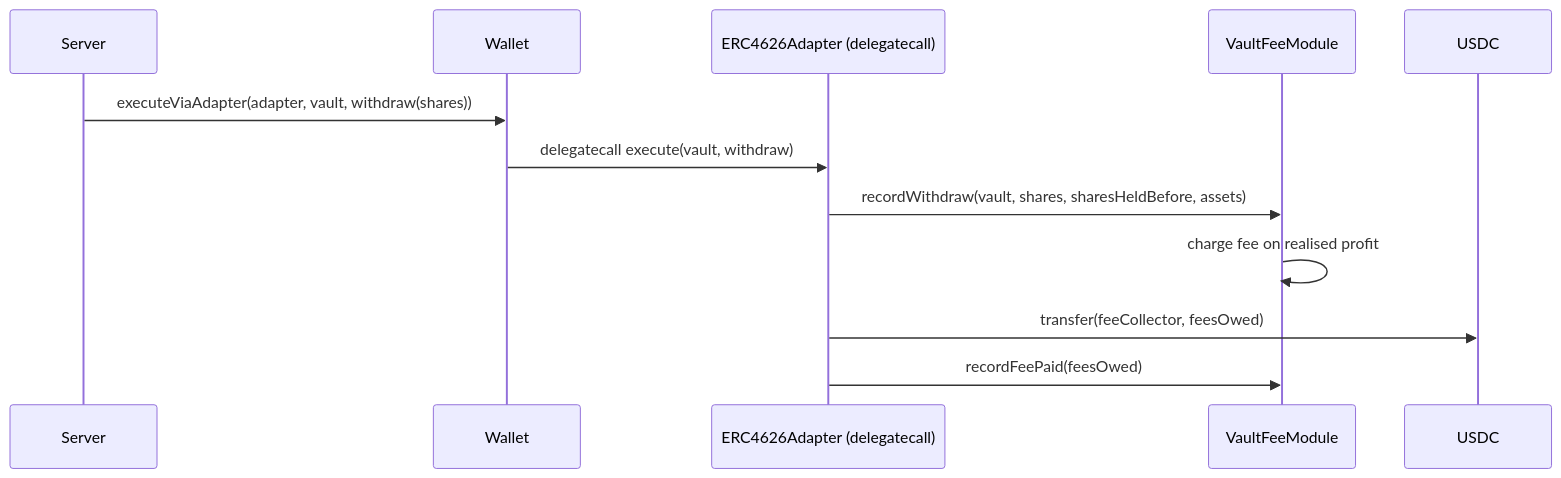
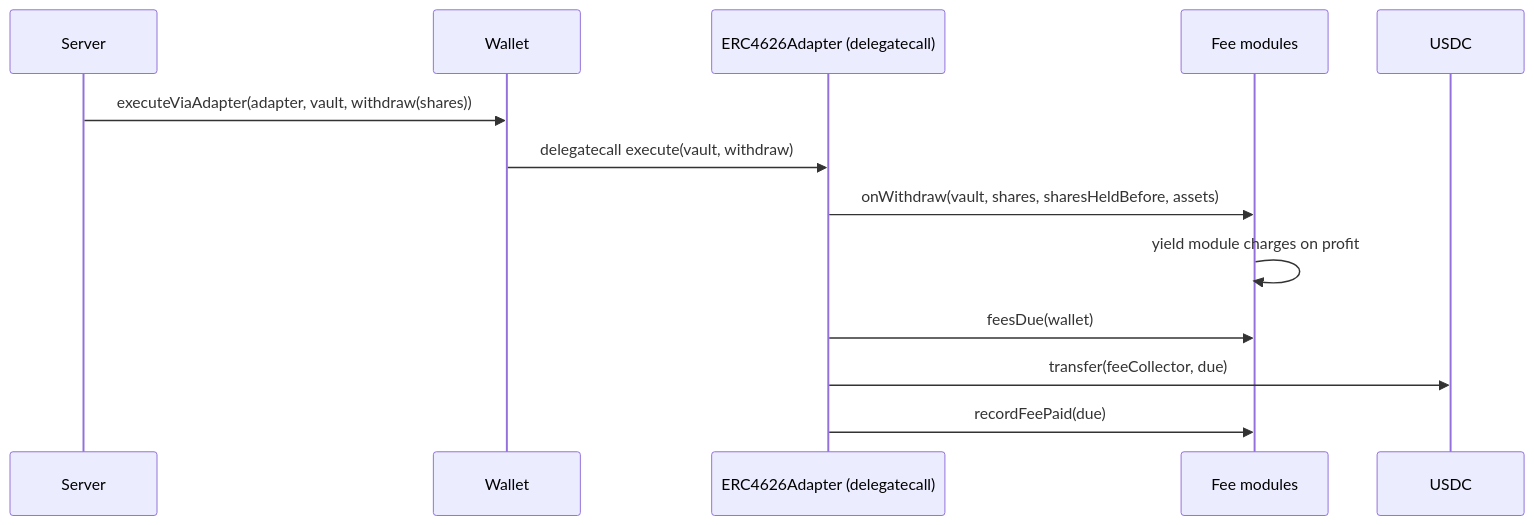
Before and after one commit to tokenpage/yieldseeker-contracts: the fifth of 6 diagrams in README.md, drawn with Mermaid. The commit also changed other lines of this file and 60 other files, not shown here.

Commit message:
Fees: adapters report facts to every fee module; yield fee module; borrow fees due in base asset

````diff
--- a/README.md
+++ b/README.md
@@ -717,15 +716,16 @@
 ```mermaid
 sequenceDiagram
     participant Server
     participant Wallet
     participant Adapter as ERC4626Adapter (delegatecall)
-    participant VaultFees as VaultFeeModule
+    participant Modules as Fee modules
     participant USDC
 
     Server->>Wallet: executeViaAdapter(adapter, vault, withdraw(shares))
     Wallet->>Adapter: delegatecall execute(vault, withdraw)
-    Adapter->>VaultFees: recordWithdraw(vault, shares, sharesHeldBefore, assets)
-    VaultFees->>VaultFees: charge fee on realised profit
-    Adapter->>USDC: transfer(feeCollector, feesOwed)
-    Adapter->>VaultFees: recordFeePaid(feesOwed)
+    Adapter->>Modules: onWithdraw(vault, shares, sharesHeldBefore, assets)
+    Modules->>Modules: yield module charges on profit
+    Adapter->>Modules: feesDue(wallet)
+    Adapter->>USDC: transfer(feeCollector, due)
+    Adapter->>Modules: recordFeePaid(due)
 ```
````
